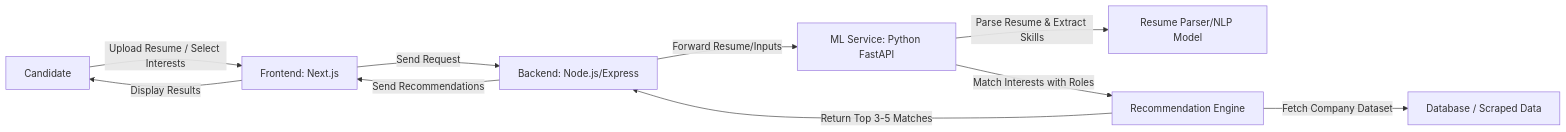
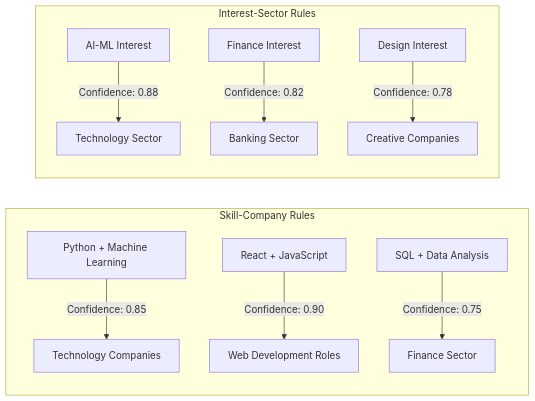
One commit to AnshRaj112/dmdw-project changed the second of 6 diagrams in README.md. Above: the diagram before and after it, drawn with Mermaid. The commit also changed other lines of this file, not shown here.

````diff
--- a/README.md
+++ b/README.md
@@ -22,12 +74,14 @@
 ```mermaid
-flowchart LR
-    A[Candidate] -->|Upload Resume / Select Interests| B[Frontend: Next.js]
-    B -->|Send Request| C[Backend: Node.js/Express]
-    C -->|Forward Resume/Inputs| D[ML Service: Python FastAPI]
-    D -->|Parse Resume & Extract Skills| E[Resume Parser/NLP Model]
-    D -->|Match Interests with Roles| F[Recommendation Engine]
-    F -->|Fetch Company Dataset| G[Database / Scraped Data]
-    F -->|Return Top 3-5 Matches| C
-    C -->|Send Recommendations| B
-    B -->|Display Results| A
+graph LR
+    subgraph "Skill-Company Rules"
+        A1[Python + Machine Learning] -->|Confidence: 0.85| B1[Technology Companies]
+        A2[React + JavaScript] -->|Confidence: 0.90| B2[Web Development Roles]
+        A3[SQL + Data Analysis] -->|Confidence: 0.75| B3[Finance Sector]
+    end
+    
+    subgraph "Interest-Sector Rules"
+        C1[AI-ML Interest] -->|Confidence: 0.88| D1[Technology Sector]
+        C2[Finance Interest] -->|Confidence: 0.82| D2[Banking Sector]
+        C3[Design Interest] -->|Confidence: 0.78| D3[Creative Companies]
+    end
 ```
````
